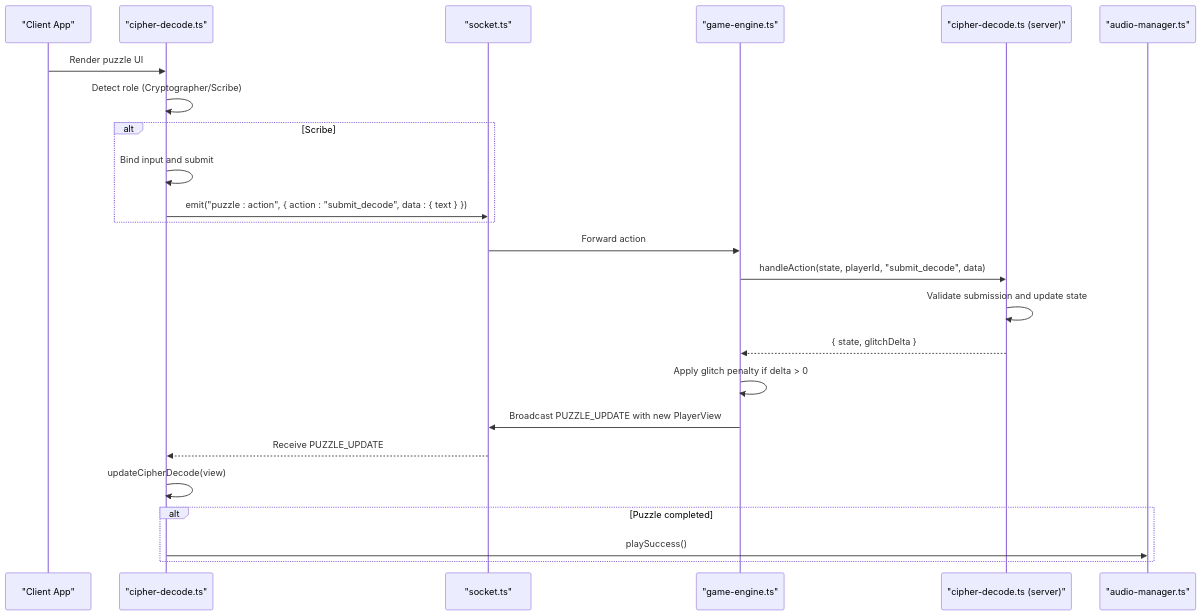
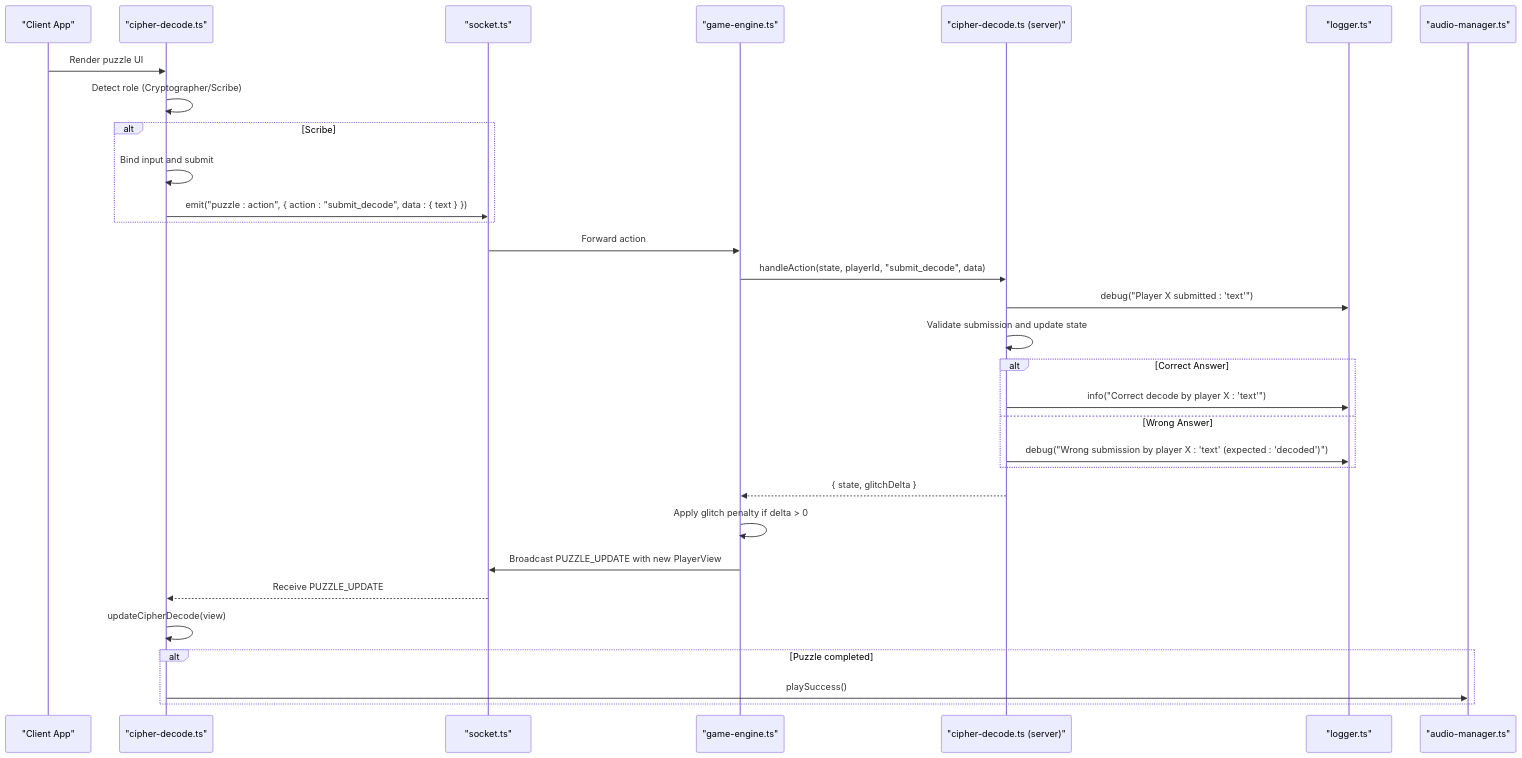
The second of 7 diagrams in .qoder/repowiki/en/content/Puzzle System/Cipher Decode Puzzle.md (dkoukoul/escape-room-mvp), drawn with Mermaid before and after one commit. The commit also changed other lines of this file and 21 other files, not shown here.

````diff
--- a/.qoder/repowiki/en/content/Puzzle System/Cipher Decode Puzzle.md
+++ b/.qoder/repowiki/en/content/Puzzle System/Cipher Decode Puzzle.md
@@ -135,26 +161,33 @@
 ```mermaid
 sequenceDiagram
 participant Client as "Client App"
 participant Renderer as "cipher-decode.ts"
 participant Socket as "socket.ts"
 participant Engine as "game-engine.ts"
 participant Handler as "cipher-decode.ts (server)"
+participant Logger as "logger.ts"
 participant Audio as "audio-manager.ts"
 Client->>Renderer : Render puzzle UI
 Renderer->>Renderer : Detect role (Cryptographer/Scribe)
 alt Scribe
 Renderer->>Renderer : Bind input and submit
 Renderer->>Socket : emit("puzzle : action", { action : "submit_decode", data : { text } })
 end
 Socket->>Engine : Forward action
 Engine->>Handler : handleAction(state, playerId, "submit_decode", data)
+Handler->>Logger : debug("Player X submitted : 'text'")
 Handler->>Handler : Validate submission and update state
+alt Correct Answer
+Handler->>Logger : info("Correct decode by player X : 'text'")
+else Wrong Answer
+Handler->>Logger : debug("Wrong submission by player X : 'text' (expected : 'decoded')")
+end
 Handler-->>Engine : { state, glitchDelta }
 Engine->>Engine : Apply glitch penalty if delta > 0
 Engine->>Socket : Broadcast PUZZLE_UPDATE with new PlayerView
 Socket-->>Renderer : Receive PUZZLE_UPDATE
 Renderer->>Renderer : updateCipherDecode(view)
 alt Puzzle completed
 Renderer->>Audio : playSuccess()
 end
 ```
````
